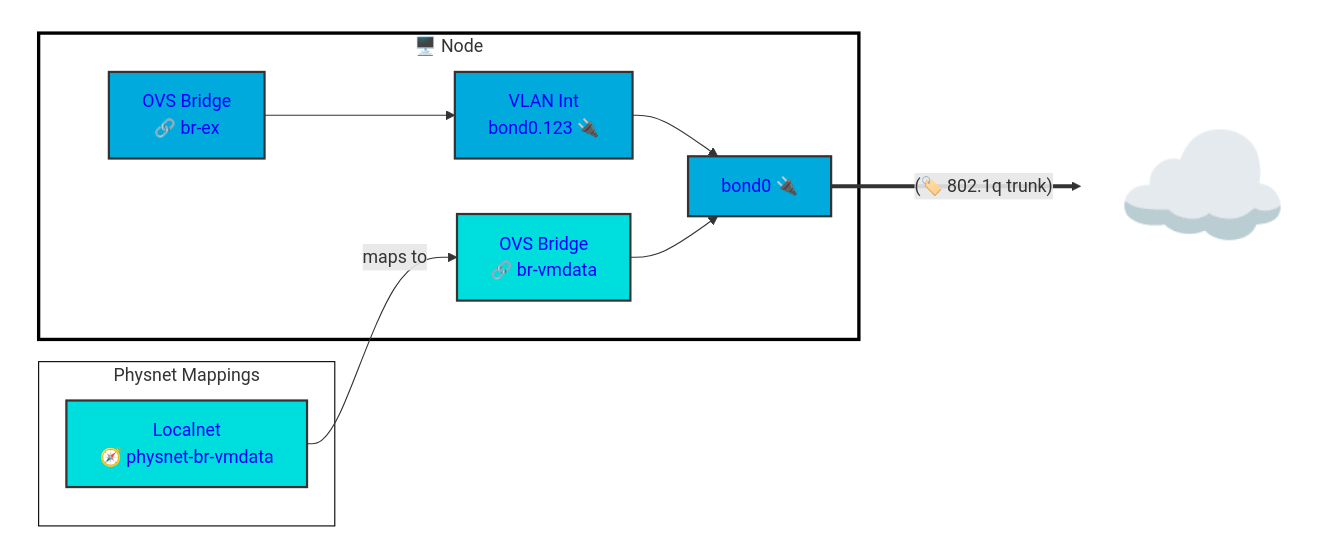
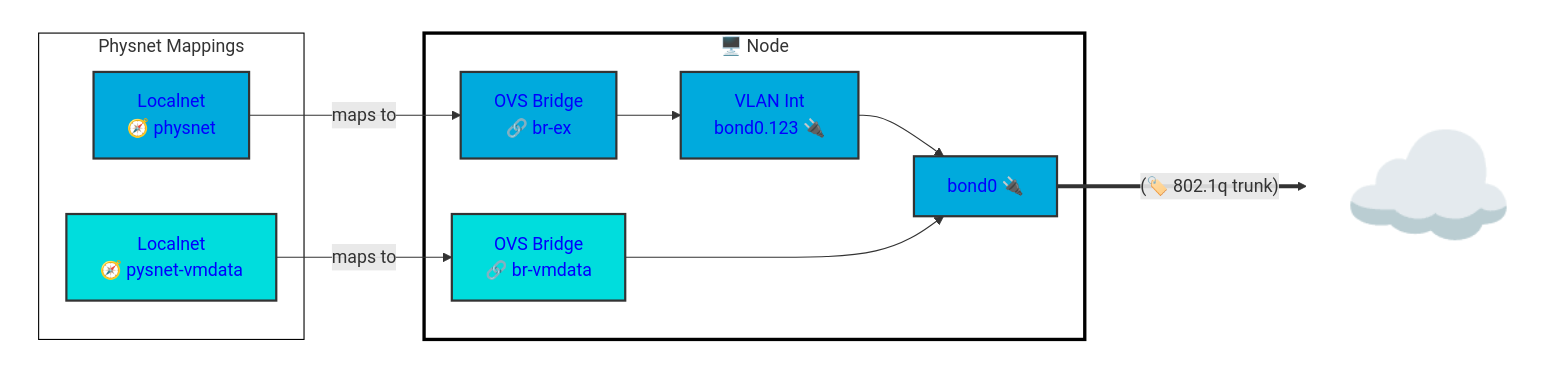
The first of 4 diagrams in networking/readme.md (dlbewley/demo-autofs), drawn with Mermaid before and after one commit. The commit also changed other lines of this file and 10 other files, not shown here.

Commit message:
Update physical network references from 'physnet-br-vmdata' to 'physnet-vmdata' across localnet components and documentation. Add test mappings for localnet-1926-dhcp.

````diff
--- a/networking/readme.md
+++ b/networking/readme.md
@@ -33,47 +33,49 @@
 ```mermaid
 graph LR;
     subgraph Cluster[" "]
 
       subgraph Localnets["Physnet Mappings"]
-        physnet-vmdata[Localnet<br> 🧭 physnet-br-vmdata]
+        physnet-ex[Localnet<br> 🧭 physnet]
+        physnet-vmdata[Localnet<br> 🧭 pysnet-vmdata]
       end
 
       subgraph node1["🖥️ Node "]
         br-ex[ OVS Bridge<br> 🔗 br-ex]
         br-vmdata[ OVS Bridge<br> 🔗 br-vmdata]
         node1-bond0[bond0 🔌]
         node1-vlan-machine[VLAN Int<br> bond0.123 🔌]
       end
     end
 
+    physnet-ex -- maps to --> br-ex
     physnet-vmdata -- maps to --> br-vmdata
     br-ex --> node1-vlan-machine --> node1-bond0
     br-vmdata --> node1-bond0
 
     Internet["☁️ "]:::Internet
     node1-bond0 ==(🏷️ 802.1q trunk)==> Internet
 
     classDef node-eth fill:#00dddd,color:#00f,stroke:#333,stroke-width:2px
 
     classDef vlan-default fill:#00aadd,color:#00f,stroke:#333,stroke-width:2px
-    class br-ex,node1-vlan-machine,node1-bond0 vlan-default
+    class br-ex,physnet-ex,node1-vlan-machine,node1-bond0 vlan-default
 
     classDef vlan-1924 fill:#00dddd,color:#00f,stroke:#333,stroke-width:2px
     class node1-vlan1924,br-vmdata,physnet-vmdata vlan-1924
 
     classDef labels stroke-width:1px,color:#fff,fill:#005577
     classDef networks fill:#cdd,stroke-width:0px
 
     style Localnets fill:#fff,stroke:#000,stroke-width:1px
     style Cluster color:#000,fill:#fff,stroke:#333,stroke-width:0px
     style Internet fill:none,stroke-width:0px,font-size:+2em
 
     classDef nodes fill:#fff,stroke:#000,stroke-width:3px
     class node1,node2,node3 nodes
 
     classDef node-eth fill:#00dddd,color:#00f,stroke:#333,stroke-width:2px
     class node1-bond1 node-eth
 
     classDef nad-1924 fill:#00ffff,color:#00f,stroke:#333,stroke-width:1px
     class nad-1924-client,nad-1924-ldap,nad-1924-nfs nad-1924
 ```
````
